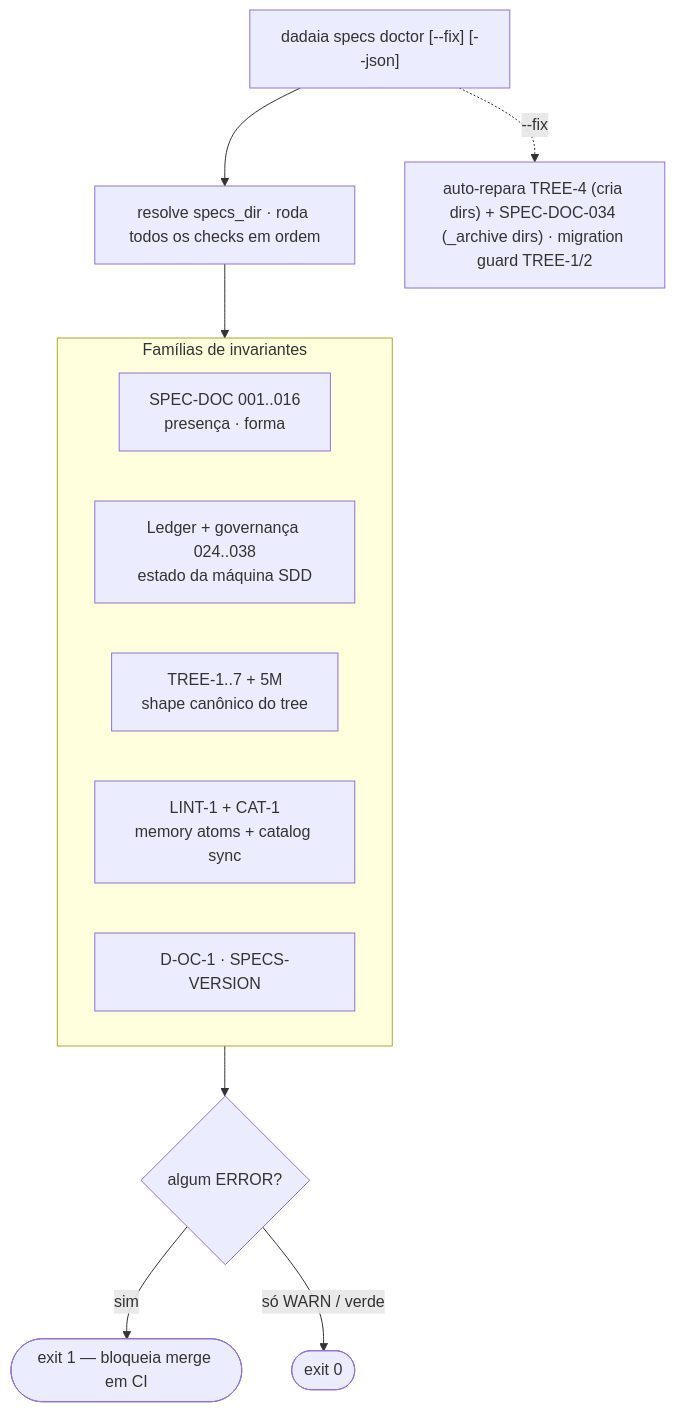
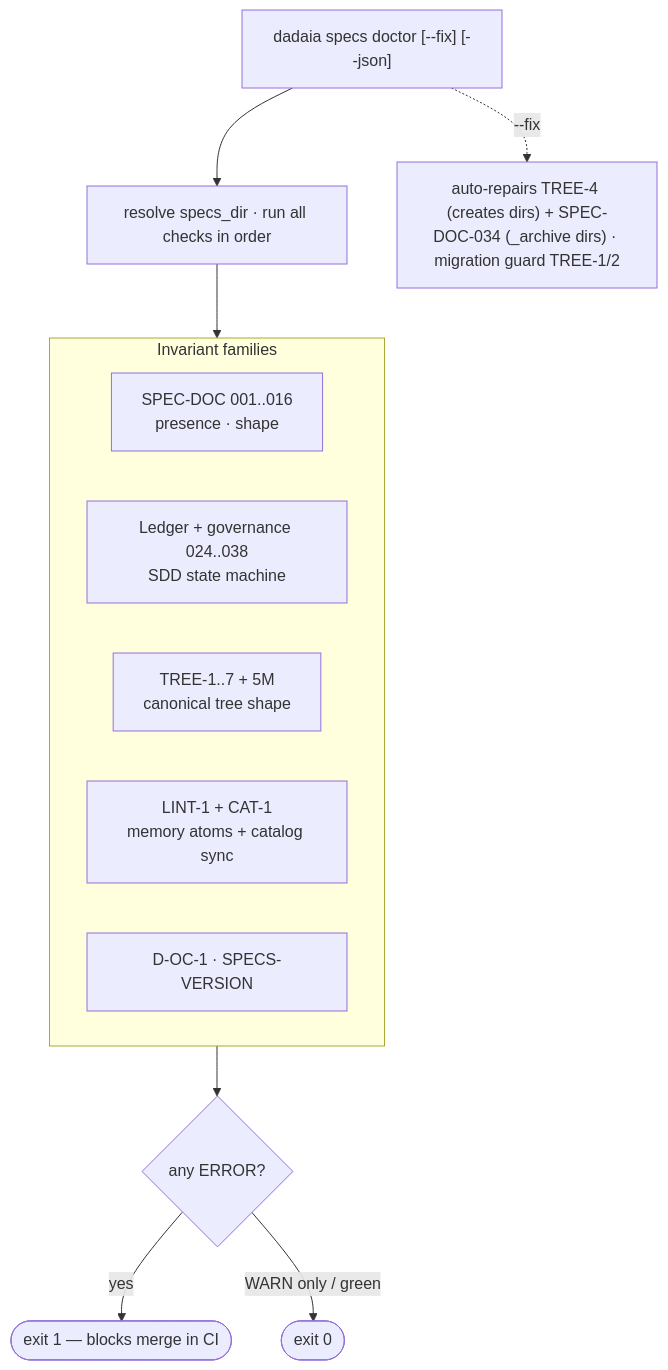
Before and after one commit to marcoaureliomenezes/dadaia-workspace: the diagram in specs/memory/product/sdd/specs-doctor.md, drawn with Mermaid. The commit also changed other lines of this file and 31 other files, not shown here.

````diff
--- a/specs/memory/product/sdd/specs-doctor.md
+++ b/specs/memory/product/sdd/specs-doctor.md
@@ -39,17 +39,17 @@
 ```mermaid
 flowchart TB
-    CMD["dadaia specs doctor [--fix] [--json]"] --> RUN["resolve specs_dir · roda todos os checks em ordem"]
+    CMD["dadaia specs doctor [--fix] [--json]"] --> RUN["resolve specs_dir · run all checks in order"]
     RUN --> FAM
-    subgraph FAM["Famílias de invariantes"]
+    subgraph FAM["Invariant families"]
         direction LR
-        A["SPEC-DOC 001..016<br/>presença · forma"]
-        B["Ledger + governança 024..038<br/>estado da máquina SDD"]
-        C["TREE-1..7 + 5M<br/>shape canônico do tree"]
+        A["SPEC-DOC 001..016<br/>presence · shape"]
+        B["Ledger + governance 024..038<br/>SDD state machine"]
+        C["TREE-1..7 + 5M<br/>canonical tree shape"]
         D["LINT-1 + CAT-1<br/>memory atoms + catalog sync"]
         E["D-OC-1 · SPECS-VERSION"]
     end
-    FAM --> VERD{"algum ERROR?"}
-    VERD -->|sim| EX1(["exit 1 — bloqueia merge em CI"])
-    VERD -->|"só WARN / verde"| EX0(["exit 0"])
-    CMD -.->|"--fix"| FIX["auto-repara TREE-4 (cria dirs) + SPEC-DOC-034 (_archive dirs) · migration guard TREE-1/2"]
+    FAM --> VERD{"any ERROR?"}
+    VERD -->|yes| EX1(["exit 1 — blocks merge in CI"])
+    VERD -->|"WARN only / green"| EX0(["exit 0"])
+    CMD -.->|"--fix"| FIX["auto-repairs TREE-4 (creates dirs) + SPEC-DOC-034 (_archive dirs) · migration guard TREE-1/2"]
 ```
````
